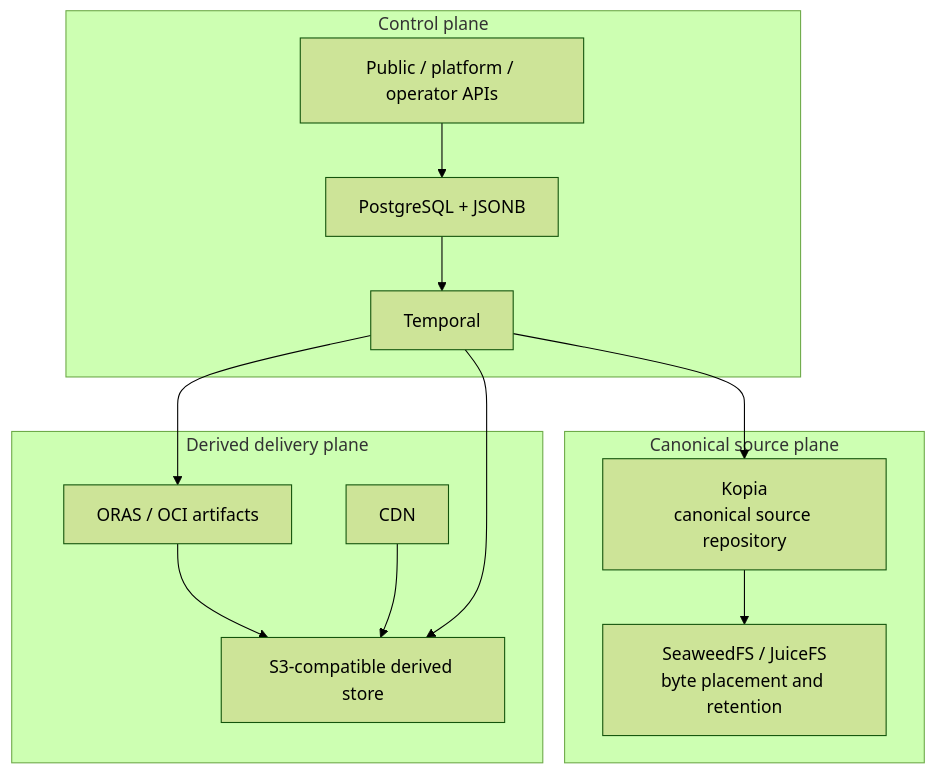
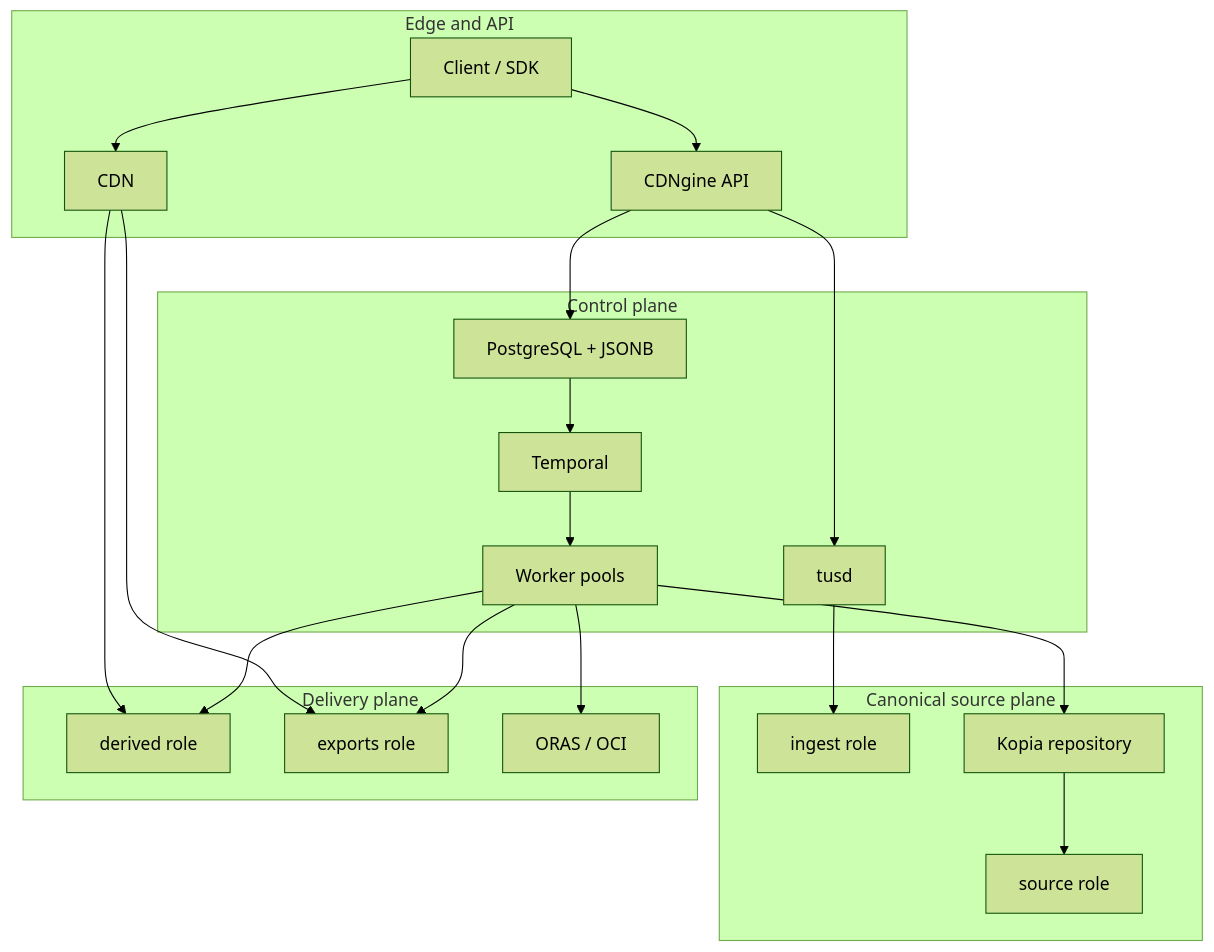
One commit to Yeusepe/cdngine changed the second of 5 diagrams in README.md. Above: the diagram before and after it, drawn with Mermaid (forest theme). The commit also changed other lines of this file and 23 other files, not shown here.

````diff
--- a/README.md
+++ b/README.md
@@ -51,28 +63,42 @@
 ```mermaid
 flowchart TB
-    subgraph Source["Canonical source plane"]
-        SourceRepo["Kopia\ncanonical source repository"]
-        Substrate["SeaweedFS / JuiceFS\nbyte placement and retention"]
-        SourceRepo --> Substrate
+    subgraph Edge["Edge and API"]
+        Client["Client / SDK"]
+        ApiLayer["CDNgine API"]
+        EdgeCache["CDN"]
     end
 
     subgraph Control["Control plane"]
-        ApiLayer["Public / platform / operator APIs"]
+        Ingest["tusd"]
         Registry["PostgreSQL + JSONB"]
         Workflow["Temporal"]
+        Workers["Worker pools"]
     end
 
-    subgraph Delivery["Derived delivery plane"]
-        Oras["ORAS / OCI artifacts"]
-        DerivedStore["S3-compatible derived store"]
-        Edge["CDN"]
-        Oras --> DerivedStore
-        Edge --> DerivedStore
+    subgraph Source["Canonical source plane"]
+        Staging["ingest role"]
+        SourceRepo["Kopia repository"]
+        SourceBacking["source role"]
     end
 
+    subgraph Delivery["Delivery plane"]
+        DerivedStore["derived role"]
+        ExportStore["exports role"]
+        Oras["ORAS / OCI"]
+    end
+
+    Client --> ApiLayer
+    Client --> EdgeCache
+    ApiLayer --> Ingest
     ApiLayer --> Registry
     Registry --> Workflow
-    Workflow --> SourceRepo
-    Workflow --> Oras
-    Workflow --> DerivedStore
+    Workflow --> Workers
+    Ingest --> Staging
+    Workers --> SourceRepo
+    SourceRepo --> SourceBacking
+    Workers --> DerivedStore
+    Workers --> ExportStore
+    Workers --> Oras
+    EdgeCache --> DerivedStore
+    EdgeCache --> ExportStore
 ```
````
